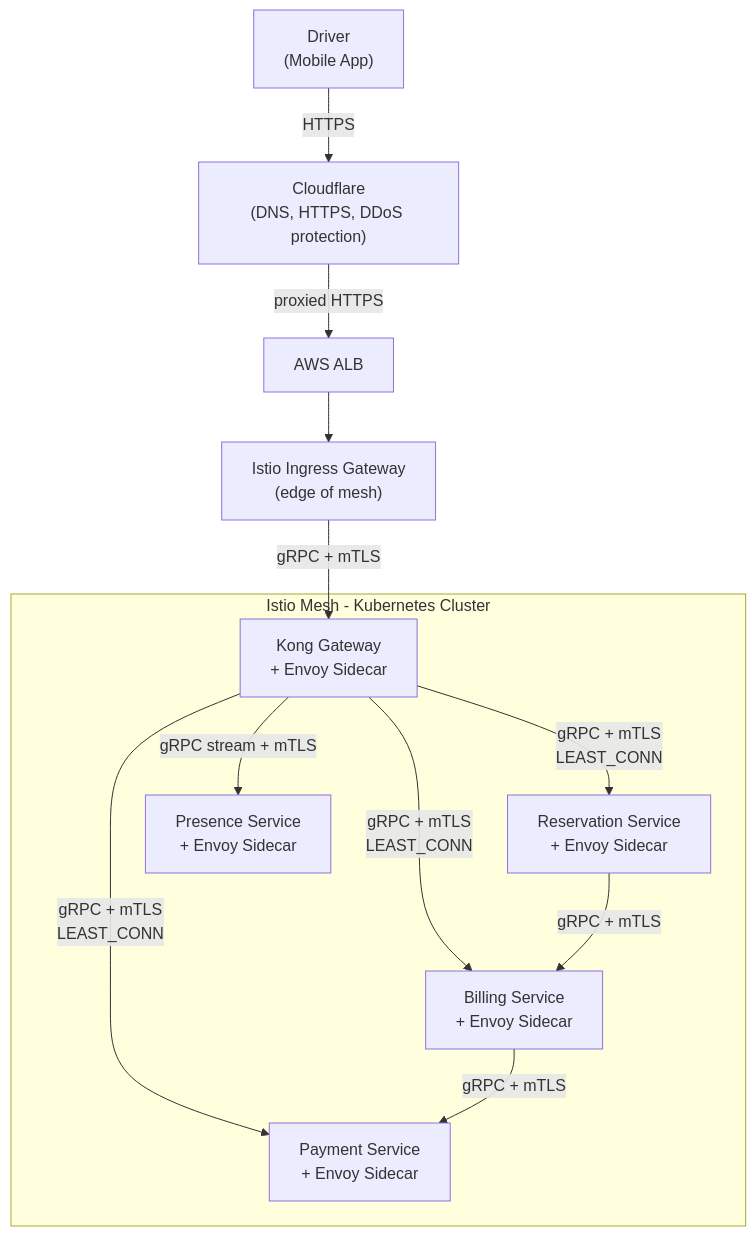
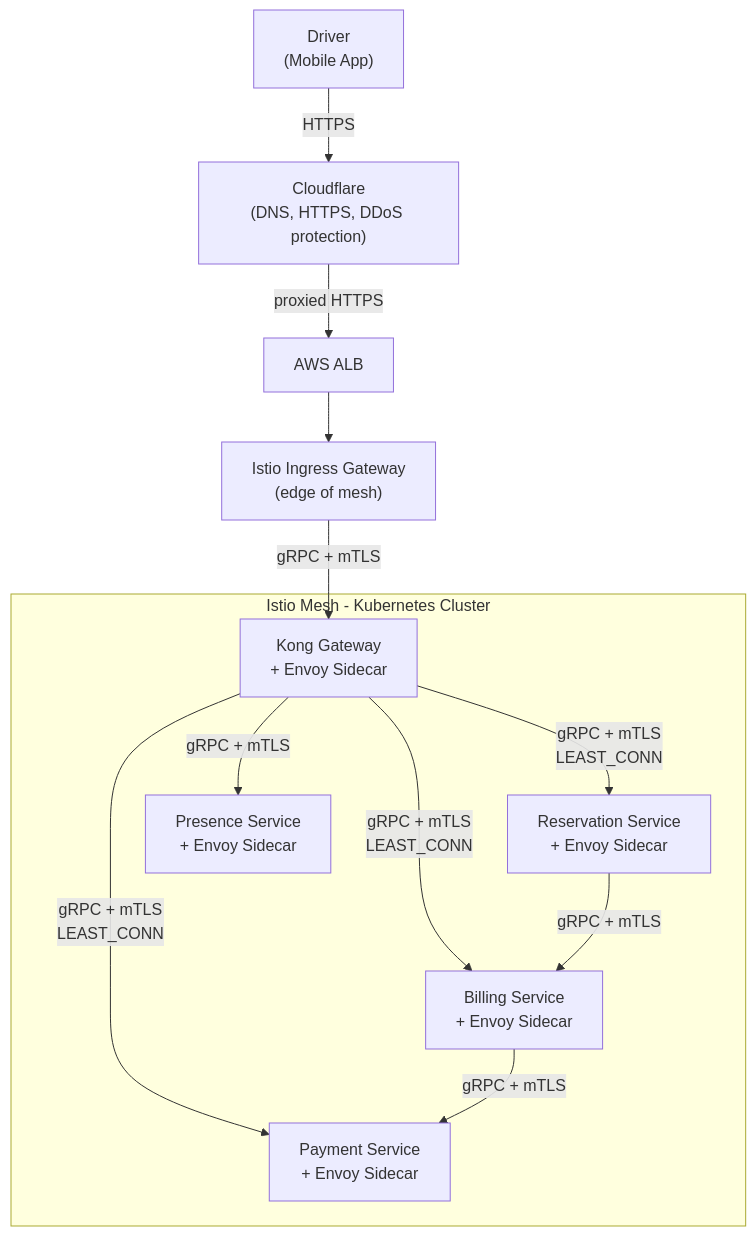
One commit to ParkirPintar/parkir-pintar-backend changed the ninth of 23 diagrams in README.md. Above: the diagram before and after it, drawn with Mermaid. The commit also changed other lines of this file and 28 other files, not shown here.

````diff
--- a/README.md
+++ b/README.md
@@ -643,26 +647,26 @@
 ```mermaid
 graph TD
     Driver["Driver\n(Mobile App)"]
     CF["Cloudflare\n(DNS, HTTPS, DDoS protection)"]
     ALB["AWS ALB"]
     IGW["Istio Ingress Gateway\n(edge of mesh)"]
 
     subgraph Istio Mesh - Kubernetes Cluster
         GW["Kong Gateway\n+ Envoy Sidecar"]
         RS["Reservation Service\n+ Envoy Sidecar"]
         BS["Billing Service\n+ Envoy Sidecar"]
         PS["Payment Service\n+ Envoy Sidecar"]
         PR["Presence Service\n+ Envoy Sidecar"]
     end
 
     Driver -->|HTTPS| CF
     CF -->|proxied HTTPS| ALB
     ALB --> IGW
     IGW -->|gRPC + mTLS| GW
     GW -->|gRPC + mTLS\nLEAST_CONN| RS
     GW -->|gRPC + mTLS\nLEAST_CONN| BS
     GW -->|gRPC + mTLS\nLEAST_CONN| PS
-    GW -->|gRPC stream + mTLS| PR
+    GW -->|gRPC + mTLS| PR
     RS -->|gRPC + mTLS| BS
     BS -->|gRPC + mTLS| PS
 ```
````
